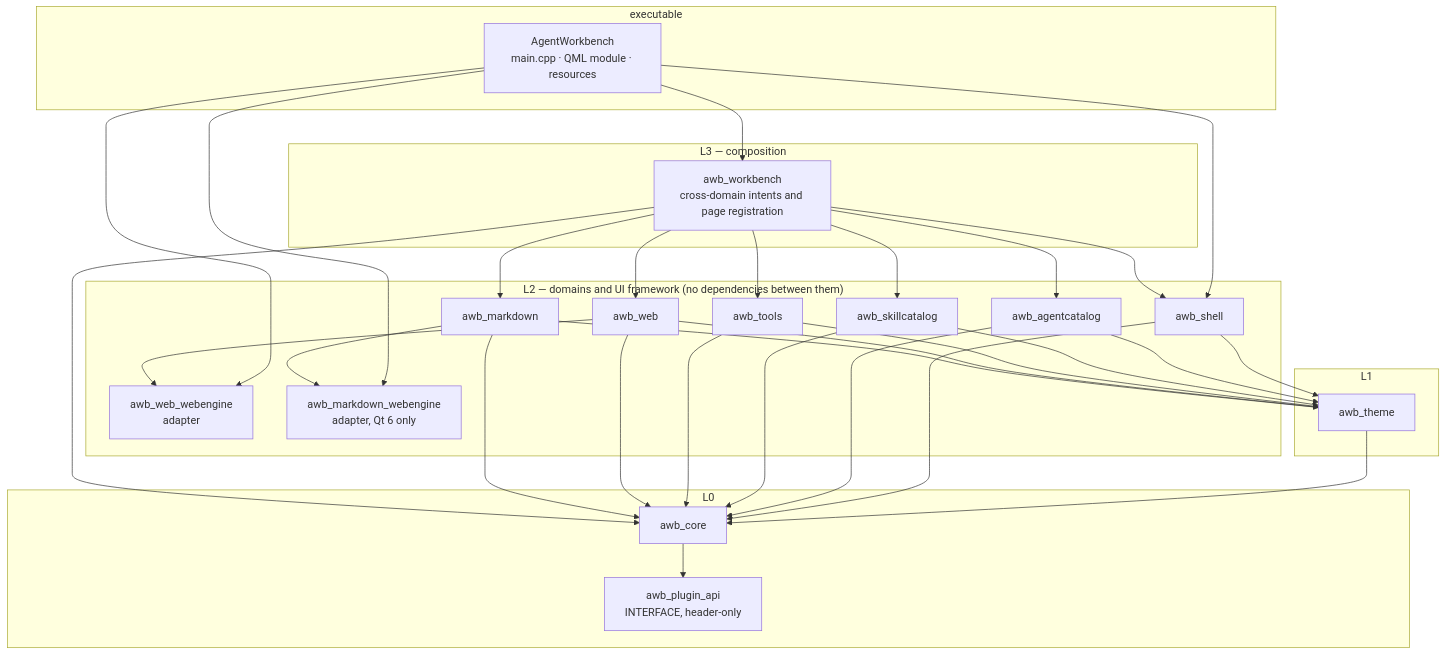
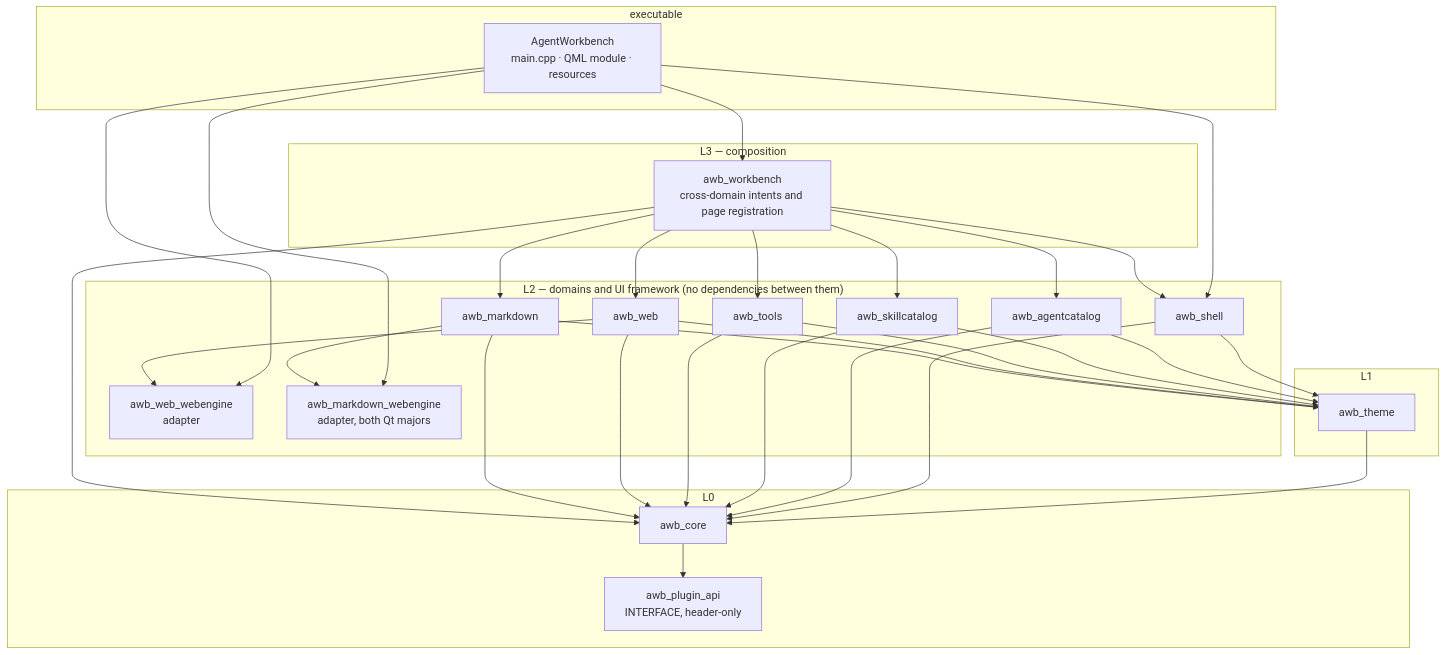
One commit to czyt1988/AgentWorkbench changed the diagram in docs/architecture/layers-and-dependencies.md. Above: the diagram before and after it, drawn with Mermaid. The commit also changed 8 other files, not shown here.

````diff
--- a/docs/architecture/layers-and-dependencies.md
+++ b/docs/architecture/layers-and-dependencies.md
@@ -9,54 +9,54 @@
 ```mermaid
 flowchart TB
     subgraph L_exe["executable"]
         app["AgentWorkbench<br/>main.cpp · QML module · resources"]
     end
     subgraph L3["L3 — composition"]
         workbench["awb_workbench<br/>cross-domain intents and page registration"]
     end
     subgraph L2["L2 — domains and UI framework (no dependencies between them)"]
         shell["awb_shell"]
         agentcatalog["awb_agentcatalog"]
         skillcatalog["awb_skillcatalog"]
         tools["awb_tools"]
         web["awb_web"]
         webengine["awb_web_webengine<br/>adapter"]
         markdown["awb_markdown"]
-        mdwebengine["awb_markdown_webengine<br/>adapter, Qt 6 only"]
+        mdwebengine["awb_markdown_webengine<br/>adapter, both Qt majors"]
     end
     subgraph L1["L1"]
         theme["awb_theme"]
     end
     subgraph L0["L0"]
         core["awb_core"]
         pluginapi["awb_plugin_api<br/>INTERFACE, header-only"]
     end
 
     app --> workbench
     app --> shell
     app --> webengine
     app --> mdwebengine
     workbench --> shell
     workbench --> agentcatalog
     workbench --> skillcatalog
     workbench --> tools
     workbench --> web
     workbench --> markdown
     web --> webengine
     markdown --> mdwebengine
     shell --> theme
     agentcatalog --> theme
     skillcatalog --> theme
     tools --> theme
     web --> theme
     markdown --> theme
     theme --> core
     shell --> core
     agentcatalog --> core
     skillcatalog --> core
     tools --> core
     web --> core
     markdown --> core
     workbench --> core
     core --> pluginapi
 ```
````
